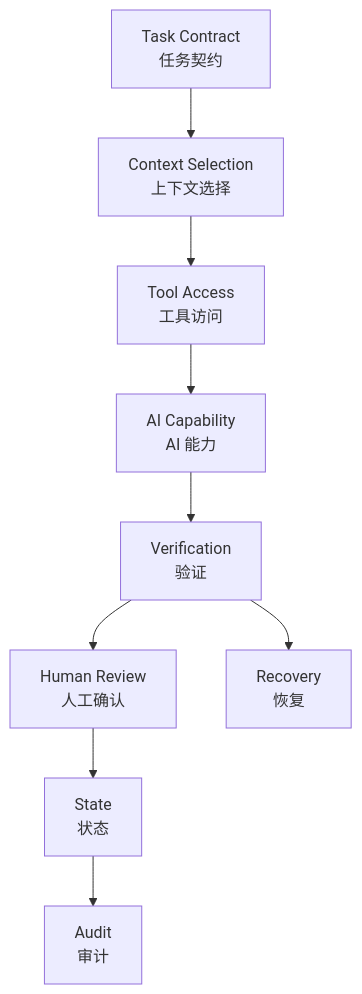
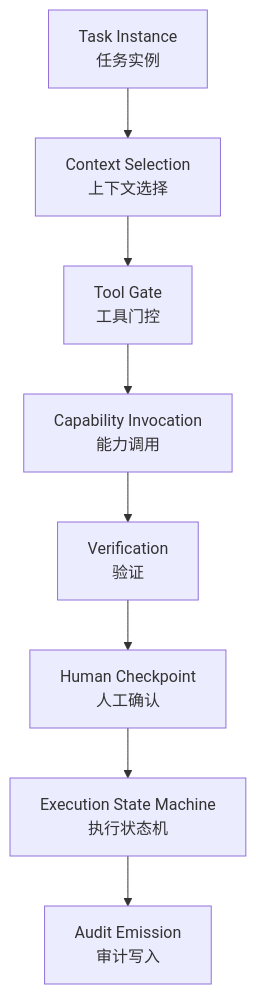
Before and after one commit to vxture/vxture-ruyin: the sixth of 13 diagrams in temp/ruyin-workspace-runtime-architecture.md, drawn with Mermaid. The commit also changed other lines of this file and 4 other files, not shown here.

First line of the commit message:
docs: unify runtime model, define harness scoping, add contract schema and context architecture

````diff
--- a/temp/ruyin-workspace-runtime-architecture.md
+++ b/temp/ruyin-workspace-runtime-architecture.md
@@ -537,21 +603,19 @@
 ``` mermaid
 flowchart TB
-    TC["Task Contract<br/>任务契约"]
+    TI["Task Instance<br/>任务实例"]
     CX["Context Selection<br/>上下文选择"]
-    TL["Tool Access<br/>工具访问"]
-    AI["AI Capability<br/>AI 能力"]
-    ST["State<br/>状态"]
+    TG["Tool Gate<br/>工具门控"]
+    AI["Capability Invocation<br/>能力调用"]
     VR["Verification<br/>验证"]
-    HR["Human Review<br/>人工确认"]
-    AU["Audit<br/>审计"]
-    RC["Recovery<br/>恢复"]
+    HR["Human Checkpoint<br/>人工确认"]
+    ES["Execution State Machine<br/>执行状态机"]
+    AE["Audit Emission<br/>审计写入"]
 
-    TC --> CX
-    CX --> TL
-    TL --> AI
+    TI --> CX
+    CX --> TG
+    TG --> AI
     AI --> VR
     VR --> HR
-    HR --> ST
-    ST --> AU
-    VR --> RC
+    HR --> ES
+    ES --> AE
 ```
````
